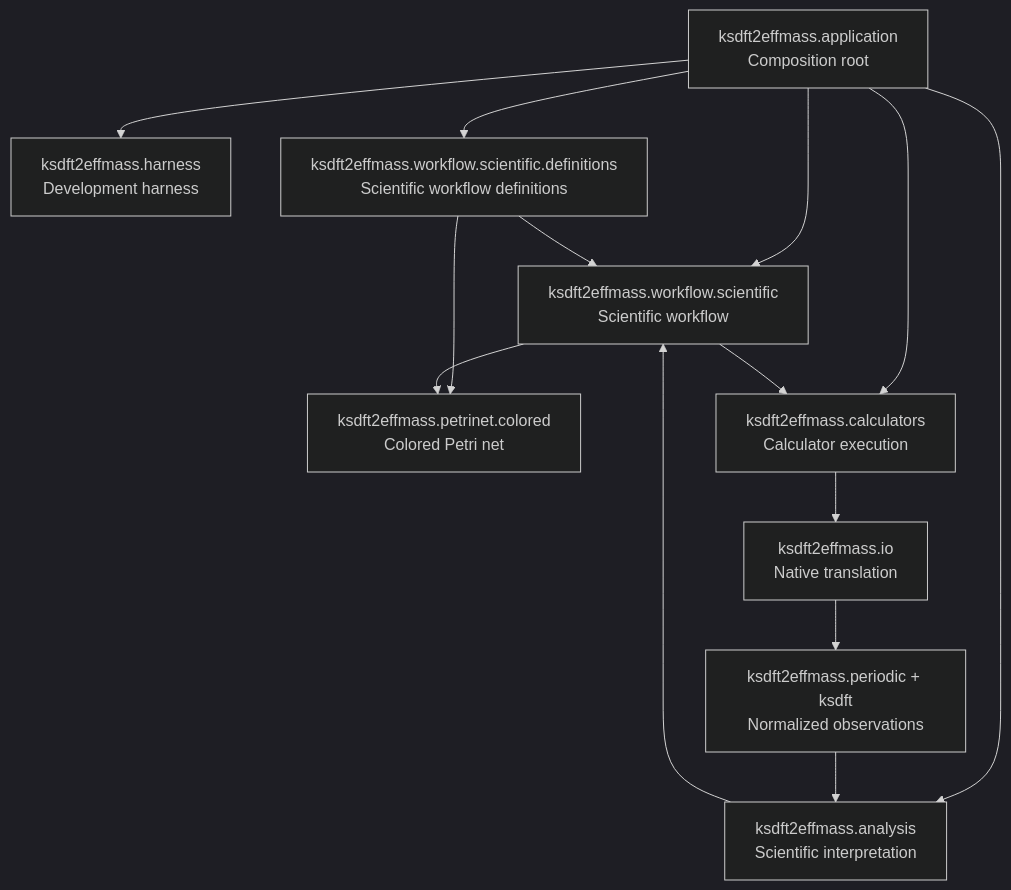
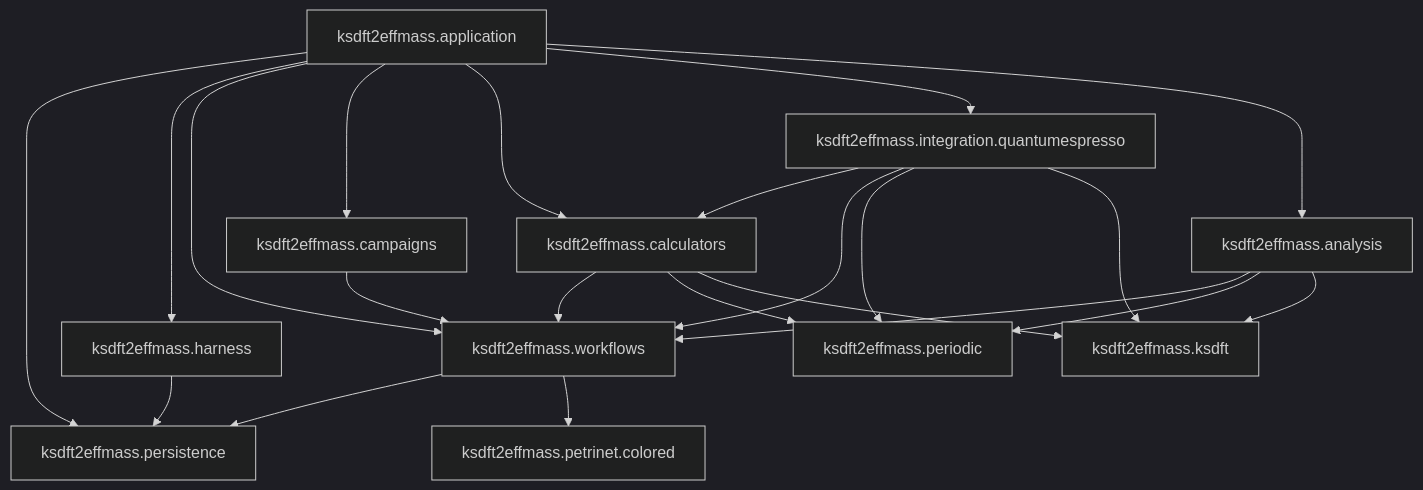
Before and after one commit to eragasa/ksdft2effmass: the diagram in docs/architecture/v2/index.md, drawn with Mermaid (dark theme). The commit also changed other lines of this file and 80 other files, not shown here.

Commit message:
docs: reconcile architecture v2

````diff
--- a/docs/architecture/v2/index.md
+++ b/docs/architecture/v2/index.md
@@ -7,26 +7,36 @@
 ```mermaid
 flowchart TB
-    application["ksdft2effmass.application<br/>Composition root"]
-    harness["ksdft2effmass.harness<br/>Development harness"]
-    workflows["ksdft2effmass.workflow.scientific<br/>Scientific workflow"]
-    petrinet["ksdft2effmass.petrinet.colored<br/>Colored Petri net"]
-    definitions["ksdft2effmass.workflow.scientific.definitions<br/>Scientific workflow definitions"]
-    calculators["ksdft2effmass.calculators<br/>Calculator execution"]
-    io["ksdft2effmass.io<br/>Native translation"]
-    observations["ksdft2effmass.periodic + ksdft<br/>Normalized observations"]
-    analysis["ksdft2effmass.analysis<br/>Scientific interpretation"]
+    application["ksdft2effmass.application"]
+    persistence["ksdft2effmass.persistence"]
+    harness["ksdft2effmass.harness"]
+    workflows["ksdft2effmass.workflows"]
+    petrinet["ksdft2effmass.petrinet.colored"]
+    campaigns["ksdft2effmass.campaigns"]
+    calculators["ksdft2effmass.calculators"]
+    integration["ksdft2effmass.integration.quantumespresso"]
+    periodic["ksdft2effmass.periodic"]
+    ksdft["ksdft2effmass.ksdft"]
+    analysis["ksdft2effmass.analysis"]
 
+    application --> persistence
     application --> harness
     application --> workflows
-    application --> definitions
+    harness --> persistence
+    workflows --> persistence
+    application --> campaigns
     application --> calculators
+    application --> integration
     application --> analysis
-    definitions --> workflows
-    definitions --> petrinet
+    campaigns --> workflows
+    calculators --> workflows
     workflows --> petrinet
-    workflows --> calculators
-    calculators --> io
-    io --> observations
-    observations --> analysis
+    integration --> calculators
+    integration --> workflows
+    integration --> periodic
+    integration --> ksdft
+    calculators --> periodic
+    calculators --> ksdft
     analysis --> workflows
+    analysis --> periodic
+    analysis --> ksdft
 ```
````
